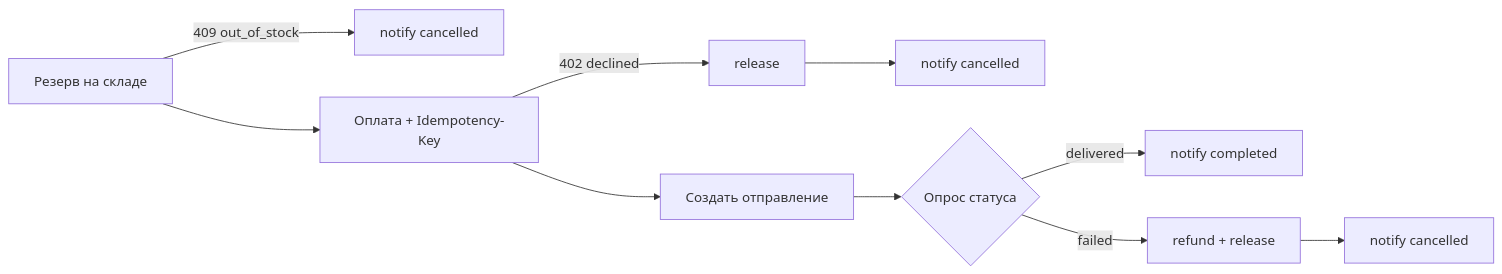
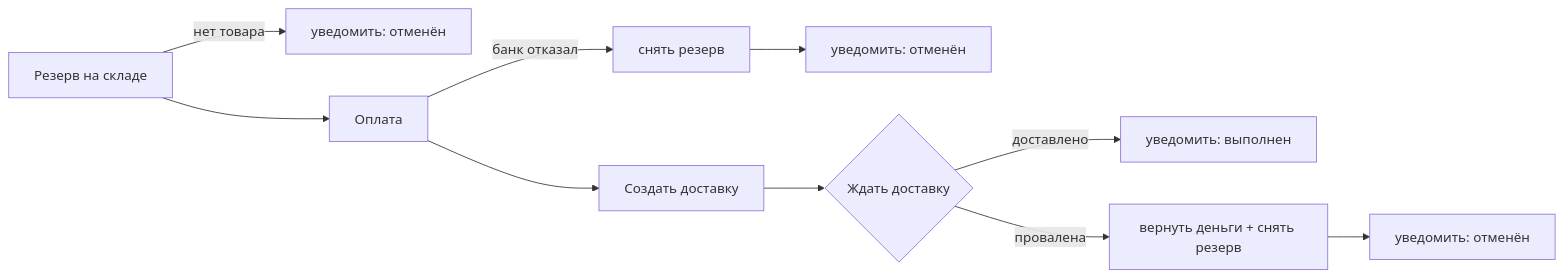
Before and after one commit to colzphml/test_temporal_dev: the diagram in README.md, drawn with Mermaid. The commit also changed other lines of this file, not shown here.

````diff
--- a/README.md
+++ b/README.md
@@ -58,10 +62,10 @@
 ```mermaid
 flowchart LR
-    R[Резерв на складе] -->|409 out_of_stock| N1[notify cancelled]
-    R --> C[Оплата + Idempotency-Key]
-    C -->|402 declined| REL[release] --> N2[notify cancelled]
-    C --> S[Создать отправление]
-    S --> P{Опрос статуса}
-    P -->|delivered| N3[notify completed]
-    P -->|failed| RF[refund + release] --> N4[notify cancelled]
+    R[Резерв на складе] -->|нет товара| N1[уведомить: отменён]
+    R --> C[Оплата]
+    C -->|банк отказал| REL[снять резерв] --> N2[уведомить: отменён]
+    C --> S[Создать доставку]
+    S --> P{Ждать доставку}
+    P -->|доставлено| N3[уведомить: выполнен]
+    P -->|провалена| RF[вернуть деньги + снять резерв] --> N4[уведомить: отменён]
 ```
````
